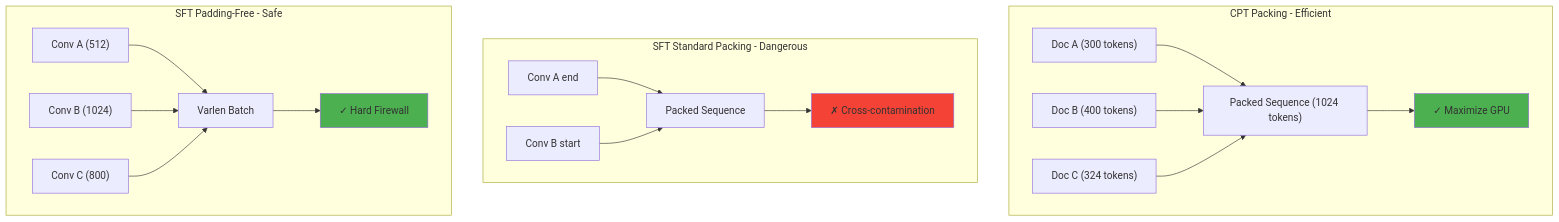
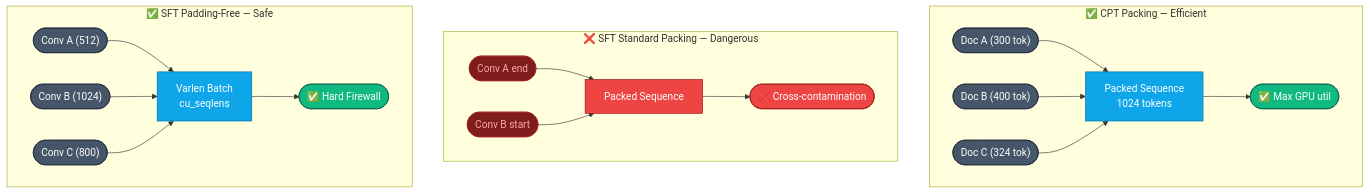
One commit to tripplen23/finetuning-sessions changed the fourth of 7 diagrams in week2/CONTEXT.md. Above: the diagram before and after it, drawn with Mermaid. The commit also changed other lines of this file and 1 other file, not shown here.

Commit message:
update mermaid

````diff
--- a/week2/CONTEXT.md
+++ b/week2/CONTEXT.md
@@ -377,26 +372,29 @@
 ```mermaid
 graph TB
-    subgraph "CPT Packing - Efficient"
-        CPT1["Doc A (300 tokens)"] --> CPT_PACK["Packed Sequence (1024 tokens)"]
-        CPT2["Doc B (400 tokens)"] --> CPT_PACK
-        CPT3["Doc C (324 tokens)"] --> CPT_PACK
-        CPT_PACK --> CPT_OK[✓ Maximize GPU]
+    subgraph cptpack["✅ CPT Packing — Efficient"]
+        CPT1(["Doc A (300 tok)"]):::doc --> CPT_PACK["Packed Sequence<br/>1024 tokens"]:::pack
+        CPT2(["Doc B (400 tok)"]):::doc --> CPT_PACK
+        CPT3(["Doc C (324 tok)"]):::doc --> CPT_PACK
+        CPT_PACK --> CPT_OK(["✅ Max GPU util"]):::good
     end
-    
-    subgraph "SFT Standard Packing - Dangerous"
-        SFT1["Conv A end"] --> SFT_PACK["Packed Sequence"]
-        SFT2["Conv B start"] --> SFT_PACK
-        SFT_PACK --> SFT_BAD[✗ Cross-contamination]
+
+    subgraph sftbad["❌ SFT Standard Packing — Dangerous"]
+        SFT1(["Conv A end"]):::danger --> SFT_PACK["Packed Sequence"]:::packbad
+        SFT2(["Conv B start"]):::danger --> SFT_PACK
+        SFT_PACK --> SFT_BAD(["❌ Cross-contamination"]):::bad
     end
-    
-    subgraph "SFT Padding-Free - Safe"
-        PF1["Conv A (512)"] --> PF_BATCH["Varlen Batch"]
-        PF2["Conv B (1024)"] --> PF_BATCH
-        PF3["Conv C (800)"] --> PF_BATCH
-        PF_BATCH --> PF_OK[✓ Hard Firewall]
+
+    subgraph sftgood["✅ SFT Padding-Free — Safe"]
+        PF1(["Conv A (512)"]):::doc --> PF_BATCH["Varlen Batch<br/>cu_seqlens"]:::pack
+        PF2(["Conv B (1024)"]):::doc --> PF_BATCH
+        PF3(["Conv C (800)"]):::doc --> PF_BATCH
+        PF_BATCH --> PF_OK(["✅ Hard Firewall"]):::good
     end
-    
-    style CPT_OK fill:#4caf50
-    style SFT_BAD fill:#f44336
-    style PF_OK fill:#4caf50
+
+    classDef doc     fill:#475569,stroke:#1E293B,color:#fff
+    classDef danger  fill:#7F1D1D,stroke:#991B1B,color:#fca5a5
+    classDef pack    fill:#0EA5E9,stroke:#0369A1,color:#fff
+    classDef packbad fill:#EF4444,stroke:#991B1B,color:#fff
+    classDef good    fill:#10B981,stroke:#065F46,color:#fff
+    classDef bad     fill:#EF4444,stroke:#991B1B,color:#fff
 ```
````
